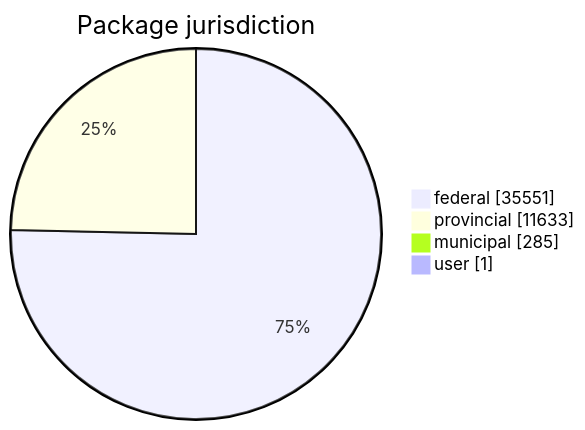
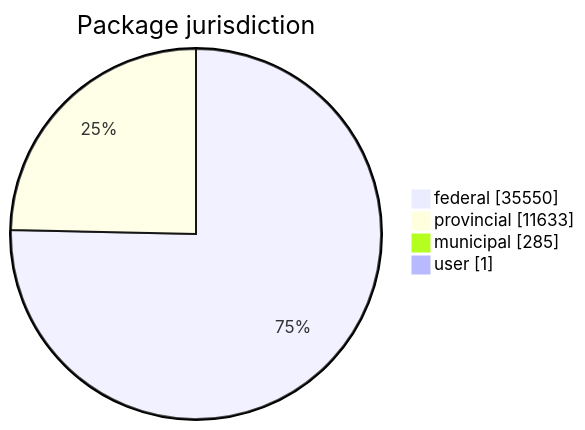
One commit to open-data/analytics-corporate-reporting changed the first of 5 diagrams in FreshCheck/README.md. Above: the diagram before and after it, drawn with Mermaid. The commit also changed other lines of this file and 3 other files, not shown here.

````diff
--- a/FreshCheck/README.md
+++ b/FreshCheck/README.md
@@ -60,7 +60,7 @@
 ```mermaid
 pie showData title Package jurisdiction
-    "federal": 35551
+    "federal": 35550
     "provincial": 11633
     "municipal": 285
     "user": 1
 ```
````
